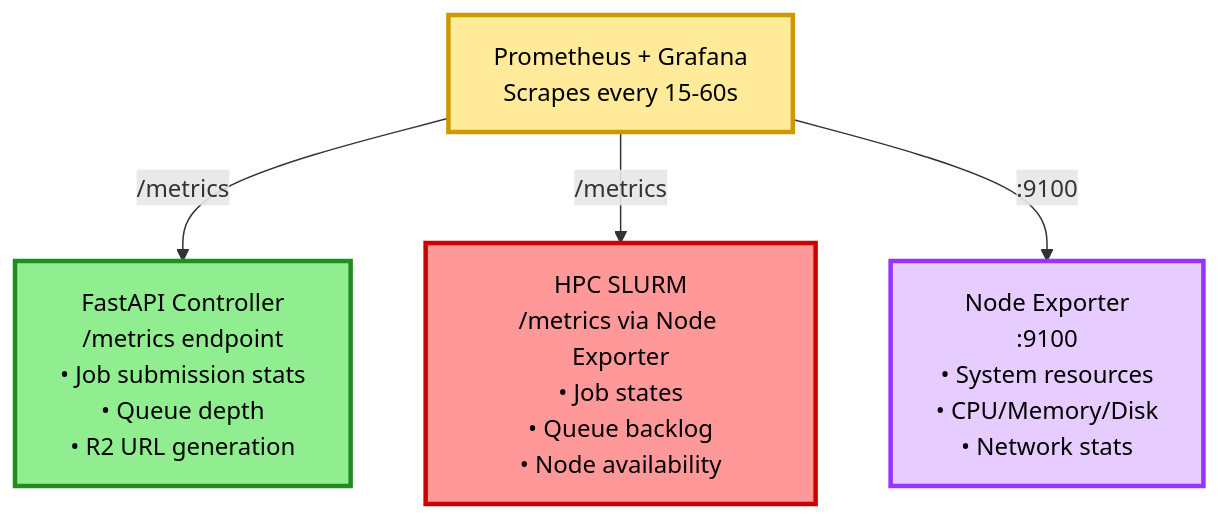
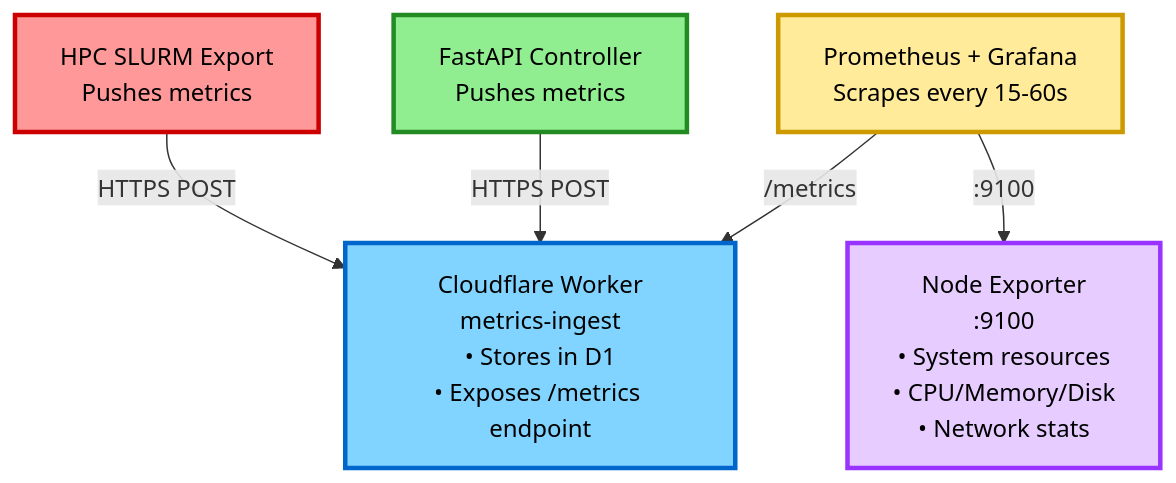
Before and after one commit to ucdavis/accessible-pdf-rocky: the diagram in docs/MONITORING_SETUP.md, drawn with Mermaid. The commit also changed other lines of this file and 28 other files, not shown here.

````diff
--- a/docs/MONITORING_SETUP.md
+++ b/docs/MONITORING_SETUP.md
@@ -15,17 +15,18 @@
 ```mermaid
 flowchart TD
-    Prometheus["Prometheus + Grafana<br/>Scrapes every 15-60s"] -->|/metrics| FastAPI
-    Prometheus -->|/metrics| HPC
+    Prometheus["Prometheus + Grafana<br/>Scrapes every 15-60s"] -->|/metrics| MetricsWorker
     Prometheus -->|:9100| NodeExporter
     
-    FastAPI["FastAPI Controller<br/>/metrics endpoint<br/>• Job submission stats<br/>• Queue depth<br/>• R2 URL generation"]
+    FastAPI["FastAPI Controller<br/>Pushes metrics"] -->|HTTPS POST| MetricsWorker
+    HPC["HPC SLURM Export<br/>Pushes metrics"] -->|HTTPS POST| MetricsWorker
     
-    HPC["HPC SLURM<br/>/metrics via Node Exporter<br/>• Job states<br/>• Queue backlog<br/>• Node availability"]
+    MetricsWorker["Cloudflare Worker<br/>metrics-ingest<br/>• Stores in D1<br/>• Exposes /metrics endpoint"]
     
     NodeExporter["Node Exporter<br/>:9100<br/>• System resources<br/>• CPU/Memory/Disk<br/>• Network stats"]
     
     style Prometheus fill:#ffeb99,stroke:#cc9900,stroke-width:3px,color:#000
     style FastAPI fill:#90ee90,stroke:#228b22,stroke-width:3px,color:#000
     style HPC fill:#ff9999,stroke:#cc0000,stroke-width:3px,color:#000
+    style MetricsWorker fill:#80d4ff,stroke:#0066cc,stroke-width:3px,color:#000
     style NodeExporter fill:#e6ccff,stroke:#9933ff,stroke-width:3px,color:#000
 ```
````
